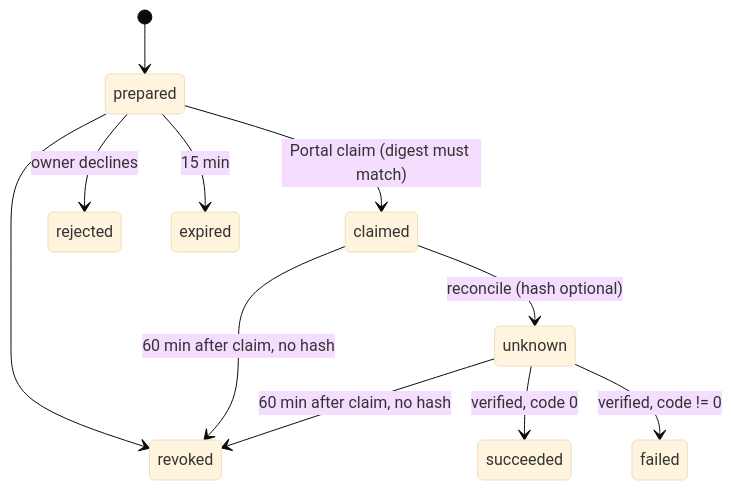
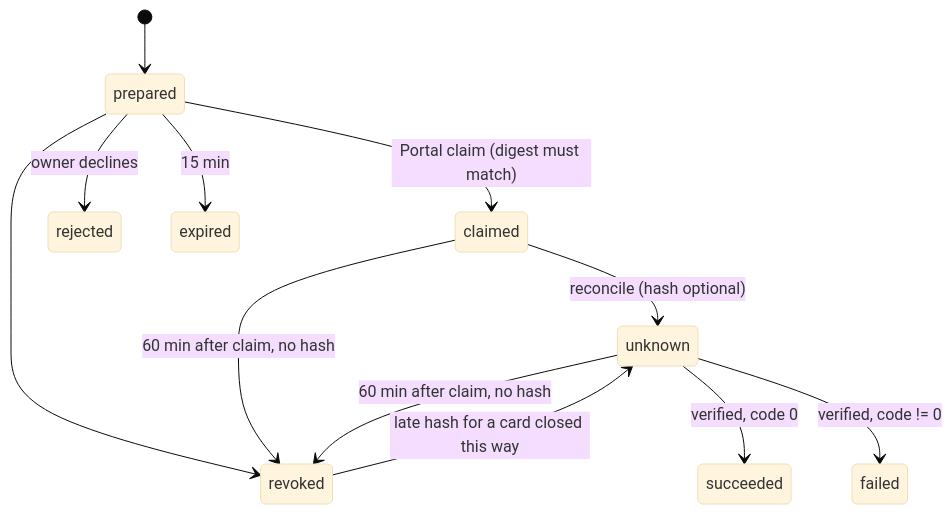
One commit to ixoworld/qiforge changed the diagram in packages/oracle-runtime-workers/docs/action-proposals.md. Above: the diagram before and after it, drawn with Mermaid (base theme). The commit also changed other lines of this file and 3 other files, not shown here.

First line of the commit message:
fix(action-proposals): due-only close sweep and late hashes for closed cards

````diff
--- a/packages/oracle-runtime-workers/docs/action-proposals.md
+++ b/packages/oracle-runtime-workers/docs/action-proposals.md
@@ -96,13 +96,14 @@
 ```mermaid
 stateDiagram-v2
     [*] --> prepared
     prepared --> claimed: Portal claim (digest must match)
     prepared --> rejected: owner declines
     prepared --> revoked
     prepared --> expired: 15 min
     claimed --> unknown: reconcile (hash optional)
     claimed --> revoked: 60 min after claim, no hash
+    revoked --> unknown: late hash for a card closed this way
     unknown --> revoked: 60 min after claim, no hash
     unknown --> succeeded: verified, code 0
     unknown --> failed: verified, code != 0
 ```
````
